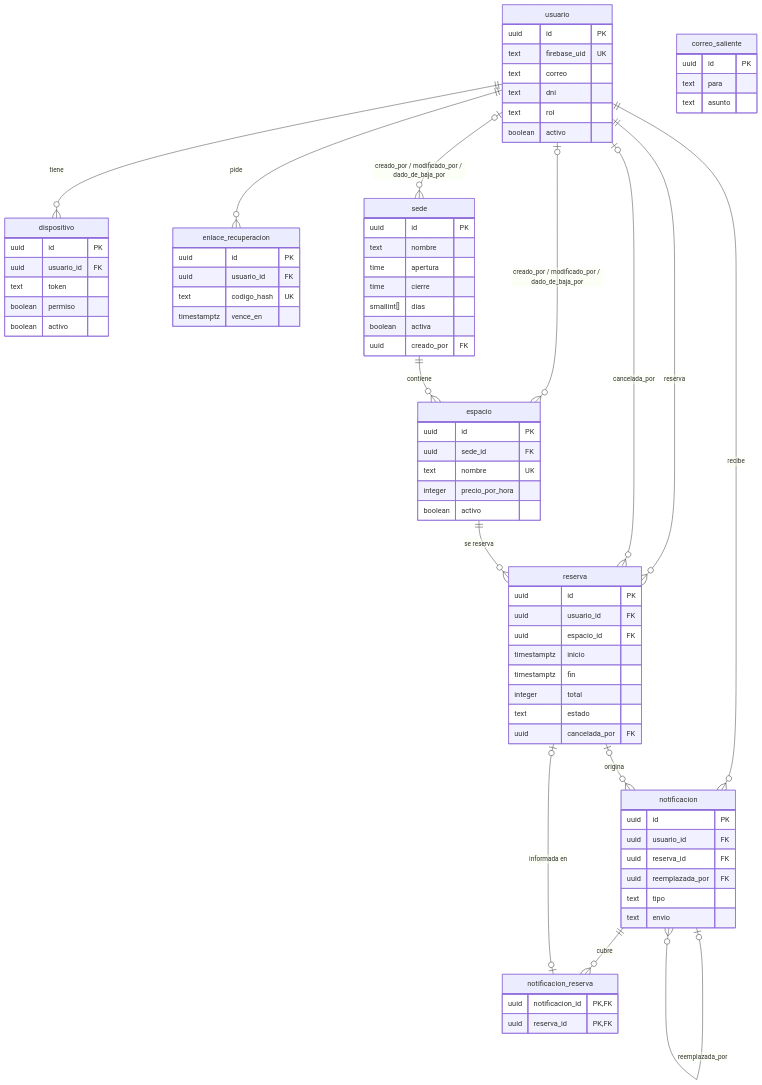
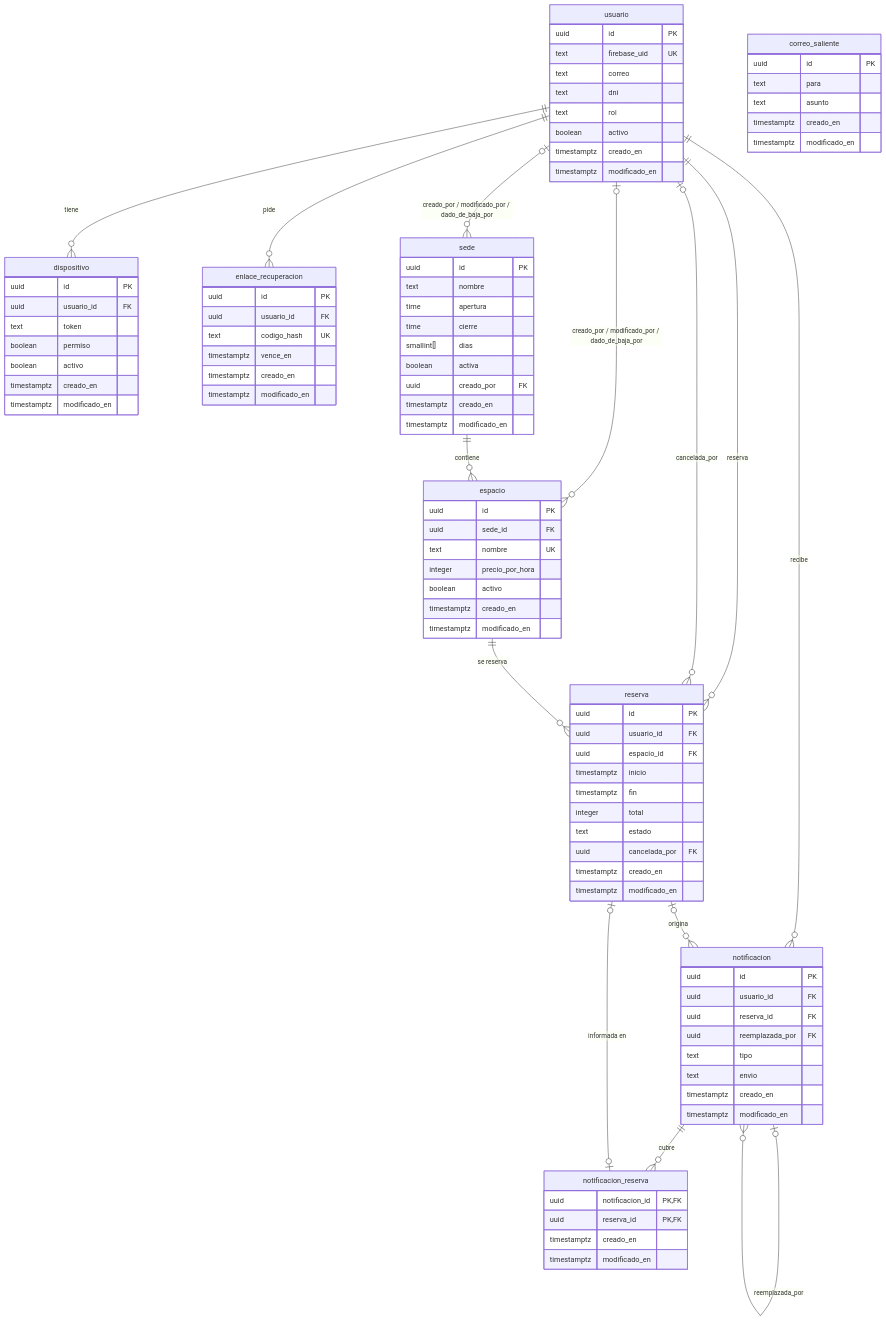
One commit to NahuelMosse/ClubNahuelMosse changed the first of 3 diagrams in docs/technical/modelo-de-datos.md. Above: the diagram before and after it, drawn with Mermaid. The commit also changed other lines of this file and 1 other file, not shown here.

Commit message:
DOC-02: el diagrama y cada tabla muestran creado_en y modificado_en

````diff
--- a/docs/technical/modelo-de-datos.md
+++ b/docs/technical/modelo-de-datos.md
@@ -34,6 +34,8 @@
         text dni
         text rol
         boolean activo
+        timestamptz creado_en
+        timestamptz modificado_en
     }
     sede {
         uuid id PK
@@ -43,6 +45,8 @@
         smallint[] dias
         boolean activa
         uuid creado_por FK
+        timestamptz creado_en
+        timestamptz modificado_en
     }
     espacio {
         uuid id PK
@@ -50,6 +54,8 @@
         text nombre UK
         integer precio_por_hora
         boolean activo
+        timestamptz creado_en
+        timestamptz modificado_en
     }
     reserva {
         uuid id PK
@@ -60,17 +66,23 @@
         integer total
         text estado
         uuid cancelada_por FK
+        timestamptz creado_en
+        timestamptz modificado_en
     }
     enlace_recuperacion {
         uuid id PK
         uuid usuario_id FK
         text codigo_hash UK
         timestamptz vence_en
+        timestamptz creado_en
+        timestamptz modificado_en
     }
     correo_saliente {
         uuid id PK
         text para
         text asunto
+        timestamptz creado_en
+        timestamptz modificado_en
     }
     dispositivo {
         uuid id PK
@@ -78,6 +90,8 @@
         text token
         boolean permiso
         boolean activo
+        timestamptz creado_en
+        timestamptz modificado_en
     }
     notificacion {
         uuid id PK
@@ -86,9 +100,13 @@
         uuid reemplazada_por FK
         text tipo
         text envio
+        timestamptz creado_en
+        timestamptz modificado_en
     }
     notificacion_reserva {
         uuid notificacion_id PK, FK
         uuid reserva_id PK, FK
+        timestamptz creado_en
+        timestamptz modificado_en
     }
 ```
````
